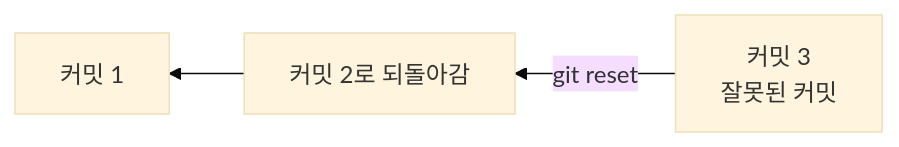
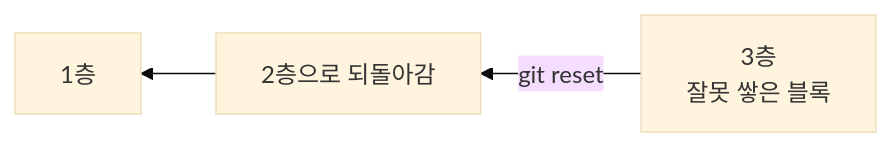
The fifth of 6 diagrams in _posts/2026-08-31-개념 총설명.md (skinopero/my-blog), drawn with Mermaid (base theme) before and after one commit. The commit also changed other lines of this file and 2 other files, not shown here.

````diff
--- a/_posts/2026-08-31-개념 총설명.md
+++ b/_posts/2026-08-31-개념 총설명.md
@@ -140,5 +141,5 @@
 ```mermaid
 flowchart RL
-    C3[커밋 3<br/>잘못된 커밋] -->|git reset| C2[커밋 2로 되돌아감]
-    C2 --> C1[커밋 1]
+    C3[3층<br/>잘못 쌓은 블록] -->|git reset| C2[2층으로 되돌아감]
+    C2 --> C1[1층]
 ```
````
